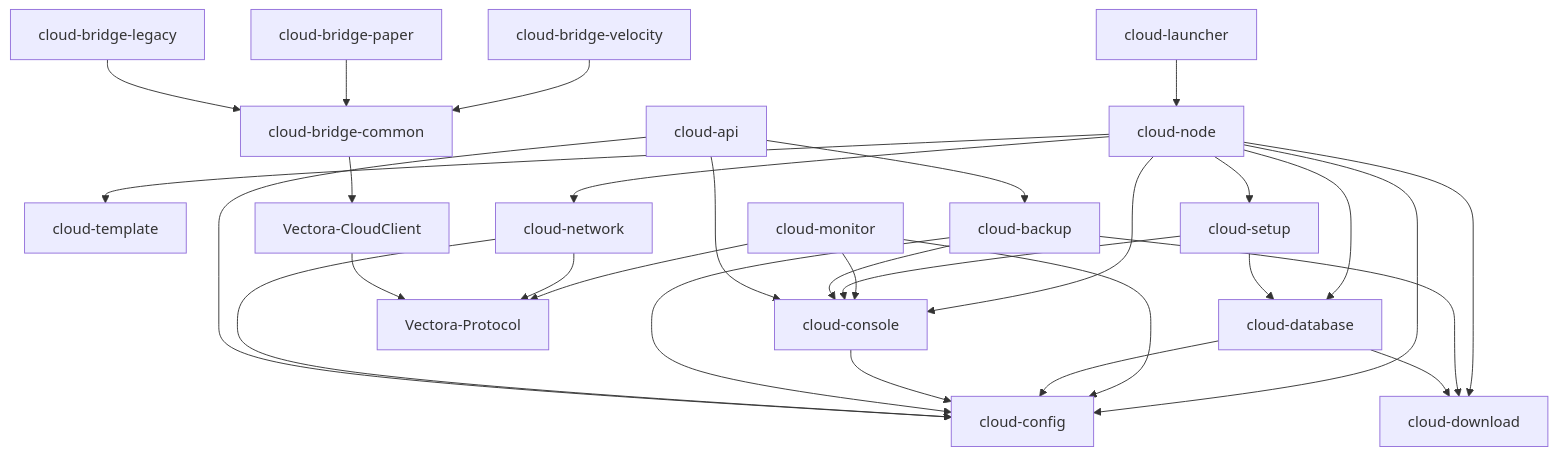
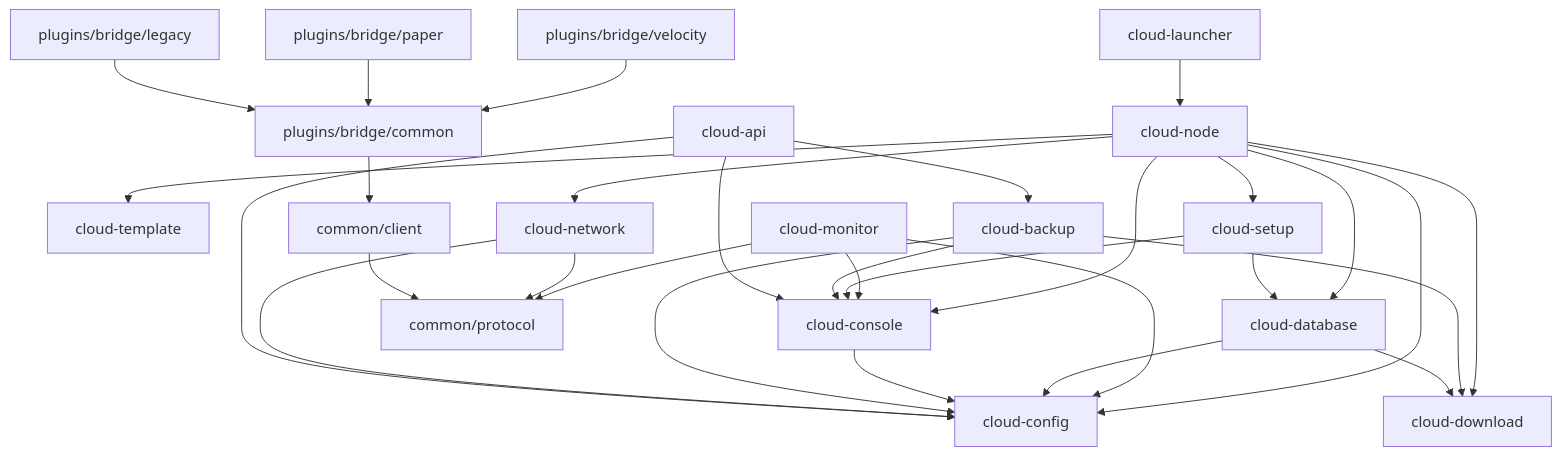
The diagram in docs/cloud/architecture.md (VectoDE/VectolynCloud), drawn with Mermaid before and after one commit. The commit also changed other lines of this file and 1395 other files, not shown here.

````diff
--- a/docs/cloud/architecture.md
+++ b/docs/cloud/architecture.md
@@ -38,32 +38,32 @@
 ```mermaid
 graph TD
     launcher[cloud-launcher] --> node[cloud-node]
     node --> config[cloud-config]
     node --> template[cloud-template]
     node --> download[cloud-download]
     node --> network[cloud-network]
     node --> database[cloud-database]
     node --> console[cloud-console]
     node --> setup[cloud-setup]
     monitor[cloud-monitor] --> config
     monitor --> console
     monitor --> protocol
     database --> config
     console[cloud-console] --> config
     setup[cloud-setup] --> console
     setup --> database
     backup[cloud-backup] --> config
     backup --> console
     backup --> download
     database --> download
     network --> config
     api[cloud-api] --> config
     api --> console
     api --> backup
-    network --> protocol[Vectora-Protocol]
-    client[Vectora-CloudClient] --> protocol
-    bcom[cloud-bridge-common] --> client
-    bvel[cloud-bridge-velocity] --> bcom
-    bpap[cloud-bridge-paper] --> bcom
-    bleg[cloud-bridge-legacy] --> bcom
+    network --> protocol[common/protocol]
+    client[common/client] --> protocol
+    bcom[plugins/bridge/common] --> client
+    bvel[plugins/bridge/velocity] --> bcom
+    bpap[plugins/bridge/paper] --> bcom
+    bleg[plugins/bridge/legacy] --> bcom
 ```
````
